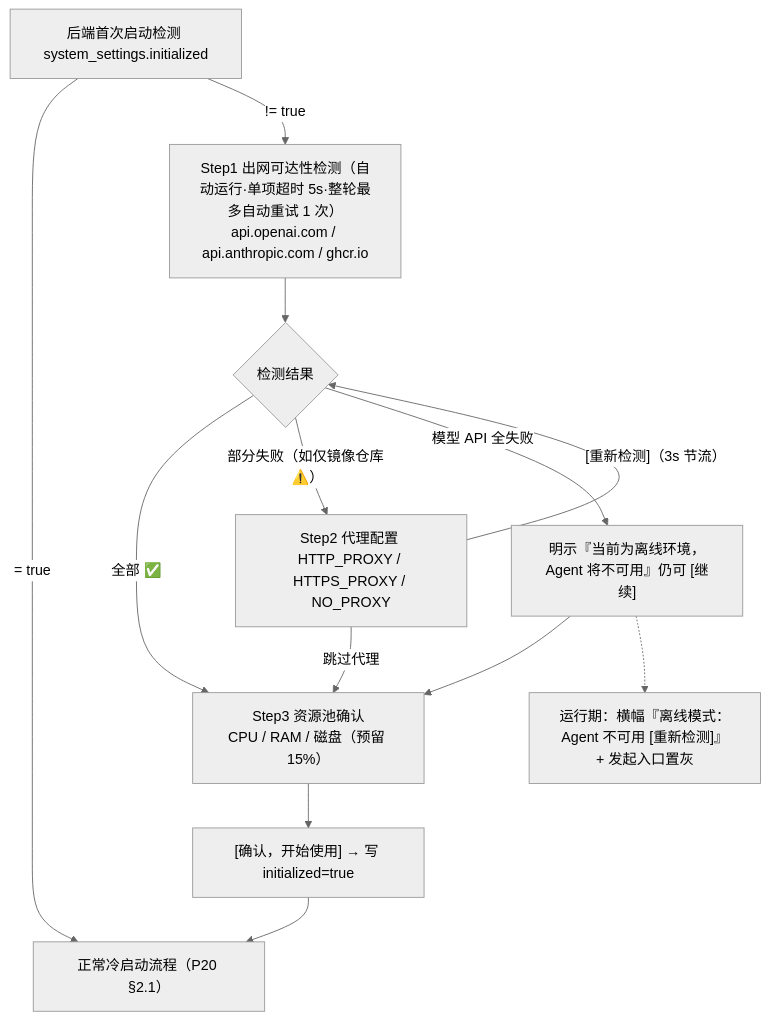
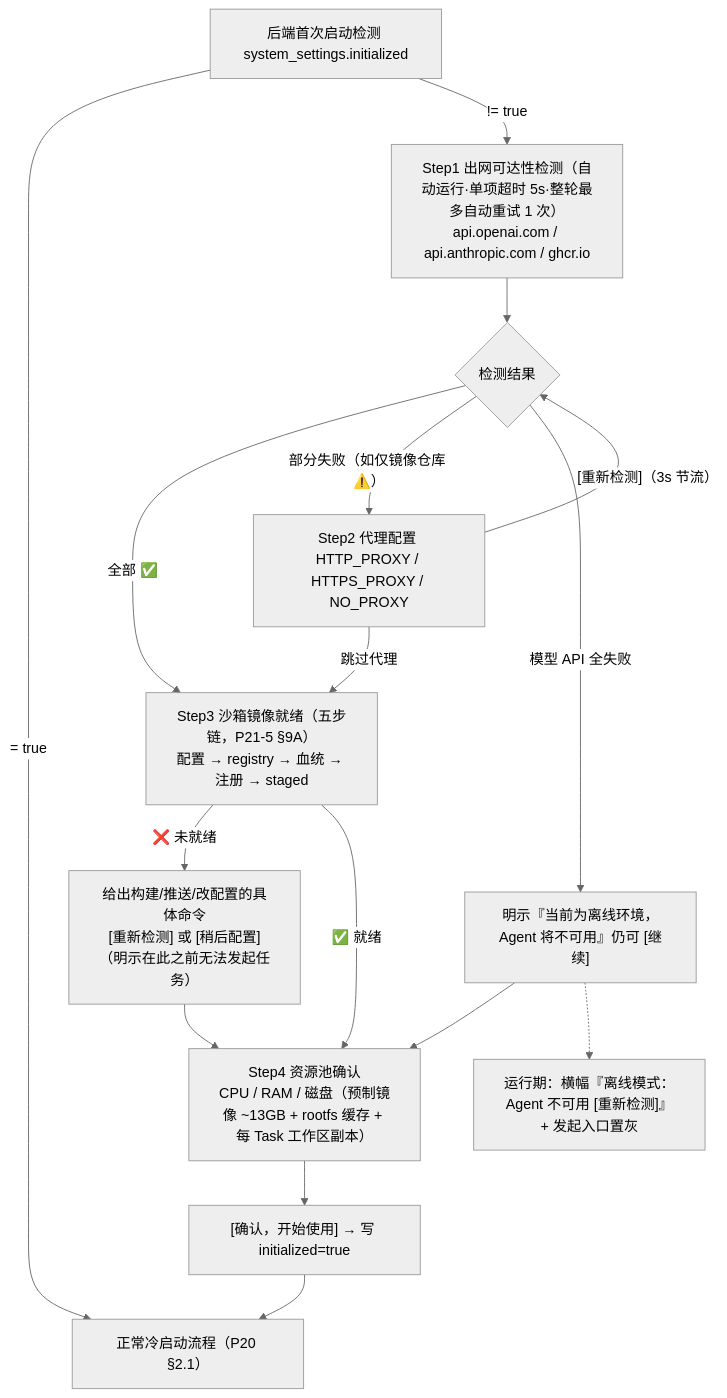
The diagram in docs/product/pages/21-8-部署与初始化.md (Xeonice/cloud-agent-platform-docs), drawn with Mermaid (neutral theme) before and after one commit. The commit also changed other lines of this file and 15 other files, not shown here.

````diff
--- a/docs/product/pages/21-8-部署与初始化.md
+++ b/docs/product/pages/21-8-部署与初始化.md
@@ -36,15 +49,18 @@
 ```mermaid
 flowchart TD
     A["后端首次启动检测 system_settings.initialized"] -->|"= true"| Z["正常冷启动流程（P20 §2.1）"]
     A -->|"!= true"| B["Step1 出网可达性检测（自动运行·单项超时 5s·整轮最多自动重试 1 次）<br/>api.openai.com / api.anthropic.com / ghcr.io"]
     B --> C{"检测结果"}
-    C -->|"全部 ✅"| E["Step3 资源池确认<br/>CPU / RAM / 磁盘（预留 15%）"]
+    C -->|"全部 ✅"| M["Step3 沙箱镜像就绪（五步链，P21-5 §9A）<br/>配置 → registry → 血统 → 注册 → staged"]
+    M -->|"❌ 未就绪"| M2["给出构建/推送/改配置的具体命令<br/>[重新检测] 或 [稍后配置]（明示在此之前无法发起任务）"]
+    M2 --> E
+    M -->|"✅ 就绪"| E["Step4 资源池确认<br/>CPU / RAM / 磁盘（预制镜像 ~13GB + rootfs 缓存 + 每 Task 工作区副本）"]
     C -->|"部分失败（如仅镜像仓库 ⚠️）"| D["Step2 代理配置 HTTP_PROXY / HTTPS_PROXY / NO_PROXY"]
+    D -->|"跳过代理"| M
     C -->|"模型 API 全失败"| D2["明示『当前为离线环境，Agent 将不可用』仍可 [继续]"]
     D -->|"[重新检测]（3s 节流）"| C
-    D -->|"跳过代理"| E
     D2 --> E
     E --> F["[确认，开始使用] → 写 initialized=true"]
     F --> Z
     D2 -.-> OFF["运行期：横幅『离线模式：Agent 不可用 [重新检测]』+ 发起入口置灰"]
 ```
````
